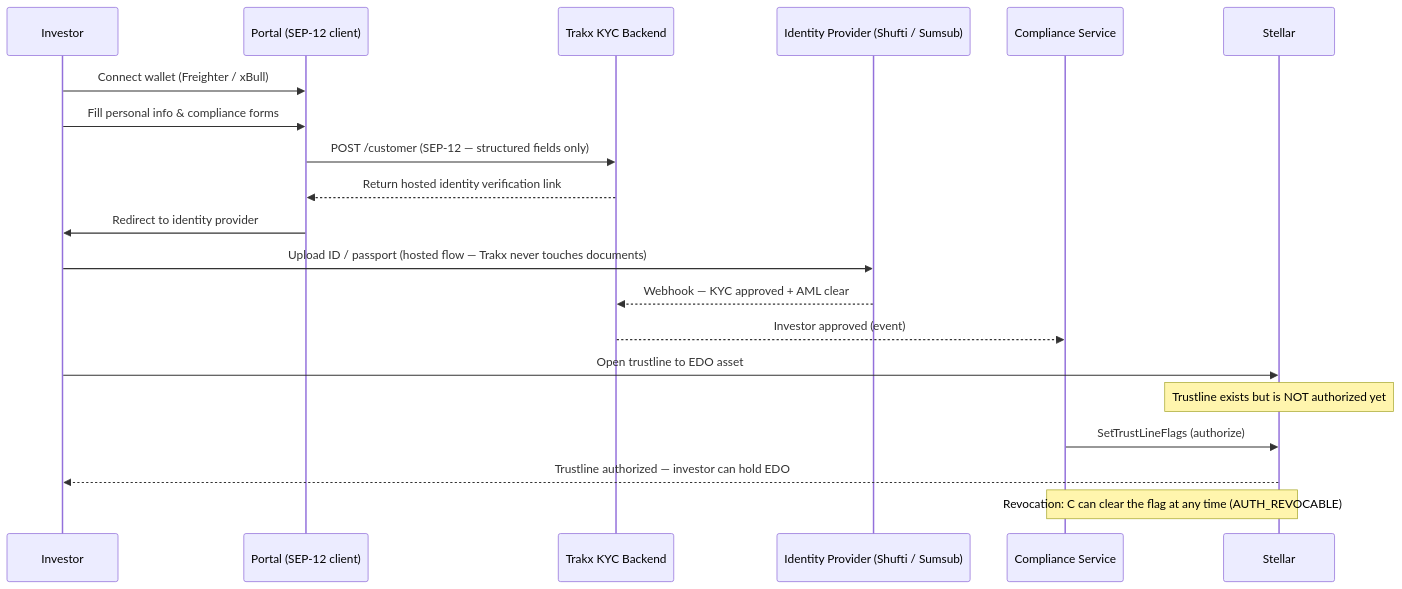
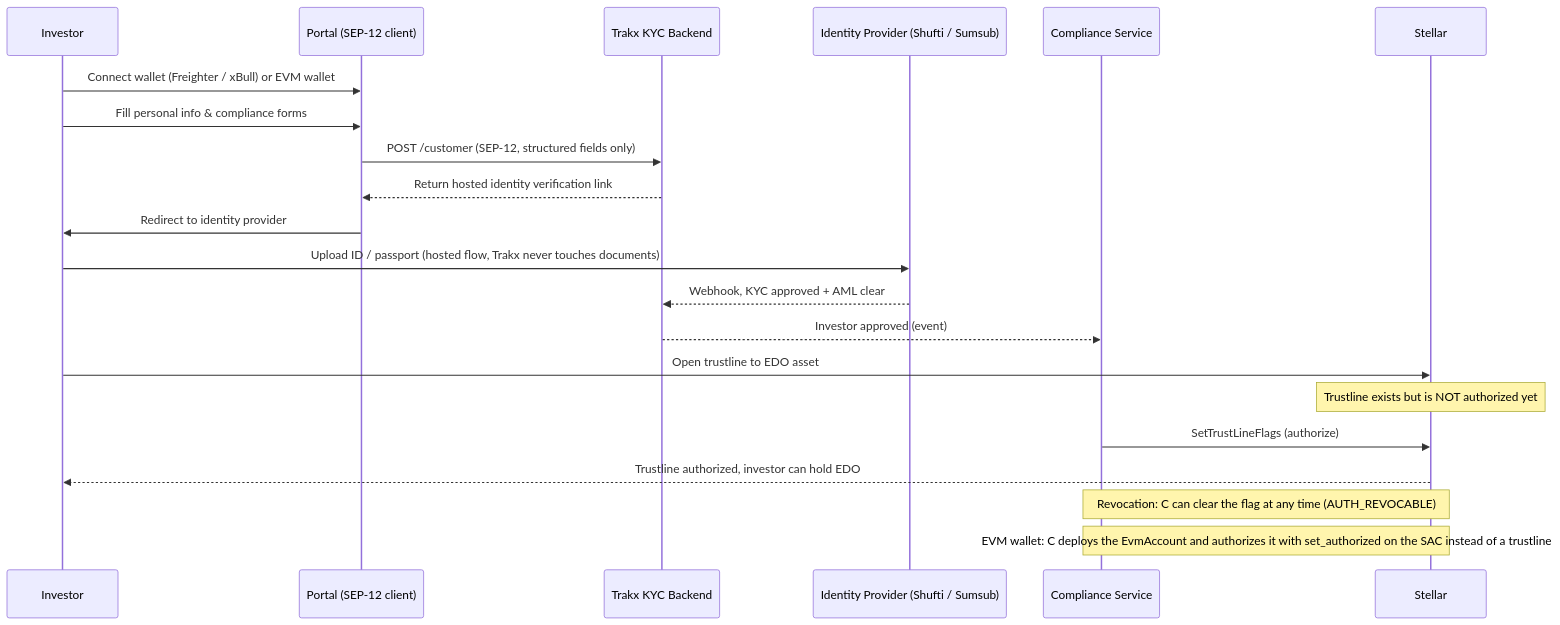
One commit to trakx/stellar-strategy-rails changed the third of 5 diagrams in docs/ARCHITECTURE.md. Above: the diagram before and after it, drawn with Mermaid. The commit also changed other lines of this file, not shown here.

First line of the commit message:
Extend the architecture to cross-chain investor entry and EVM-wallet accounts

````diff
--- a/docs/ARCHITECTURE.md
+++ b/docs/ARCHITECTURE.md
@@ -127,23 +166,24 @@
 ```mermaid
 sequenceDiagram
     participant I as Investor
     participant P as Portal (SEP-12 client)
     participant K as Trakx KYC Backend
     participant V as Identity Provider (Shufti / Sumsub)
     participant C as Compliance Service
     participant S as Stellar
 
-    I->>P: Connect wallet (Freighter / xBull)
+    I->>P: Connect wallet (Freighter / xBull) or EVM wallet
     I->>P: Fill personal info & compliance forms
-    P->>K: POST /customer (SEP-12 — structured fields only)
+    P->>K: POST /customer (SEP-12, structured fields only)
     K-->>P: Return hosted identity verification link
     P->>I: Redirect to identity provider
-    I->>V: Upload ID / passport (hosted flow — Trakx never touches documents)
-    V-->>K: Webhook — KYC approved + AML clear
+    I->>V: Upload ID / passport (hosted flow, Trakx never touches documents)
+    V-->>K: Webhook, KYC approved + AML clear
     K-->>C: Investor approved (event)
     I->>S: Open trustline to EDO asset
     Note over S: Trustline exists but is NOT authorized yet
     C->>S: SetTrustLineFlags (authorize)
-    S-->>I: Trustline authorized — investor can hold EDO
+    S-->>I: Trustline authorized, investor can hold EDO
     Note over C,S: Revocation: C can clear the flag at any time (AUTH_REVOCABLE)
+    Note over C,S: EVM wallet: C deploys the EvmAccount and authorizes it with set_authorized on the SAC instead of a trustline
 ```
````
